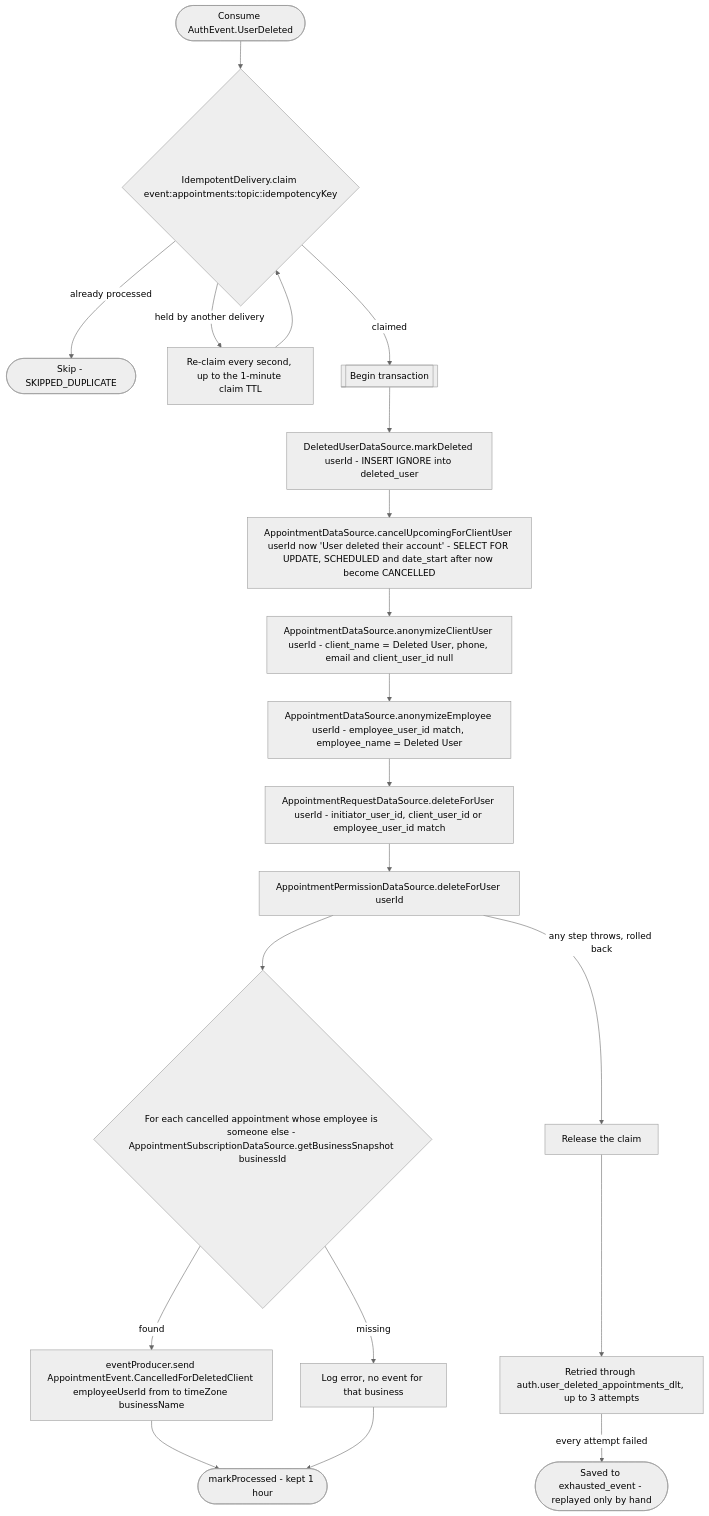
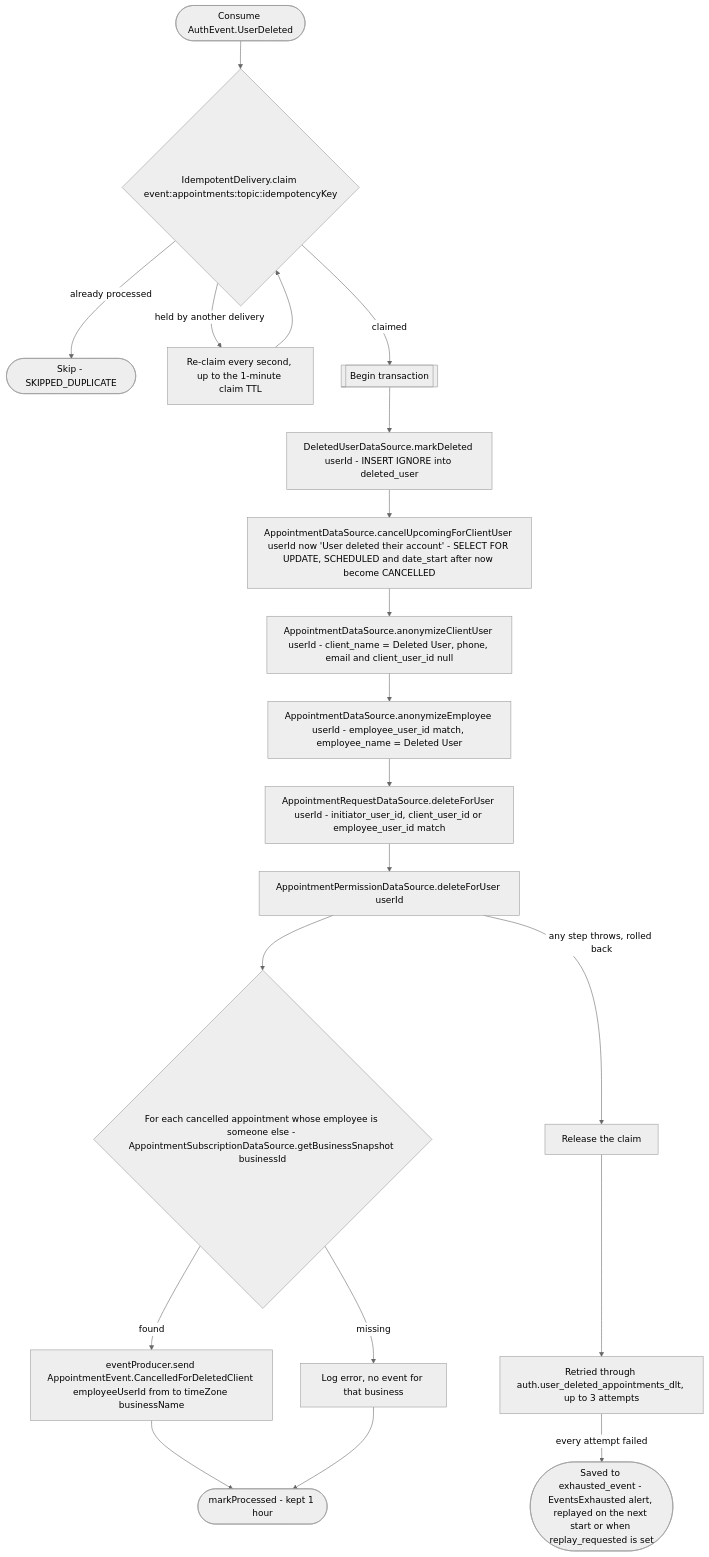
One commit to nocturneproperties/bookkme changed the diagram in docs/operations/appointments/on-user-deleted.md. Above: the diagram before and after it, drawn with Mermaid (neutral theme). The commit also changed 49 other files, not shown here.

````diff
--- a/docs/operations/appointments/on-user-deleted.md
+++ b/docs/operations/appointments/on-user-deleted.md
@@ -35,20 +35,20 @@
 ```mermaid
 flowchart TD
     Start([Consume AuthEvent.UserDeleted]) --> Claim{"IdempotentDelivery.claim event:appointments:topic:idempotencyKey"}
     Claim -- already processed --> Skip([Skip - SKIPPED_DUPLICATE])
     Claim -- held by another delivery --> Wait[Re-claim every second, up to the 1-minute claim TTL] --> Claim
     Claim -- claimed --> Tx[[Begin transaction]]
     Tx --> Mark["DeletedUserDataSource.markDeleted userId - INSERT IGNORE into deleted_user"]
     Mark --> Cancel["AppointmentDataSource.cancelUpcomingForClientUser userId now 'User deleted their account' - SELECT FOR UPDATE, SCHEDULED and date_start after now become CANCELLED"]
     Cancel --> AnonClient["AppointmentDataSource.anonymizeClientUser userId - client_name = Deleted User, phone, email and client_user_id null"]
     AnonClient --> AnonEmployee["AppointmentDataSource.anonymizeEmployee userId - employee_user_id match, employee_name = Deleted User"]
     AnonEmployee --> DelReq["AppointmentRequestDataSource.deleteForUser userId - initiator_user_id, client_user_id or employee_user_id match"]
     DelReq --> DelPerm[AppointmentPermissionDataSource.deleteForUser userId]
     DelPerm --> Each{"For each cancelled appointment whose employee is someone else - AppointmentSubscriptionDataSource.getBusinessSnapshot businessId"}
     Each -- found --> Send["eventProducer.send AppointmentEvent.CancelledForDeletedClient employeeUserId from to timeZone businessName"]
     Each -- missing --> Log[Log error, no event for that business]
     Send --> Processed([markProcessed - kept 1 hour])
     Log --> Processed
     DelPerm -- any step throws, rolled back --> Release[Release the claim] --> Dlt["Retried through auth.user_deleted_appointments_dlt, up to 3 attempts"]
-    Dlt -- every attempt failed --> Parked([Saved to exhausted_event - replayed only by hand])
+    Dlt -- every attempt failed --> Parked(["Saved to exhausted_event - EventsExhausted alert, replayed on the next start or when replay_requested is set"])
 ```
````
